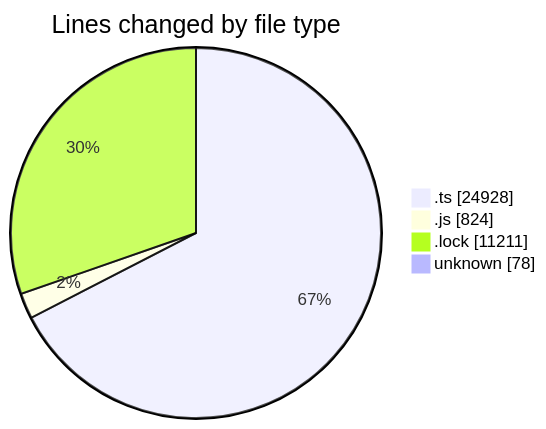
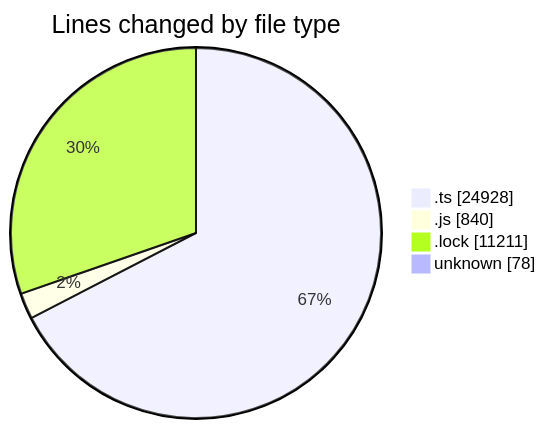
One commit to momahboobian/code-tracking changed the first of 2 diagrams in 2025-05-20/cda/README.md. Above: the diagram before and after it, drawn with Mermaid. The commit also changed other lines of this file and 1 other file, not shown here.

````diff
--- a/2025-05-20/cda/README.md
+++ b/2025-05-20/cda/README.md
@@ -36,8 +36,8 @@
 ```mermaid
 pie showData
 title Lines changed by file type
 ".ts" : 24928
-".js" : 824
+".js" : 840
 ".lock" : 11211
 "unknown" : 78
 ```
````
